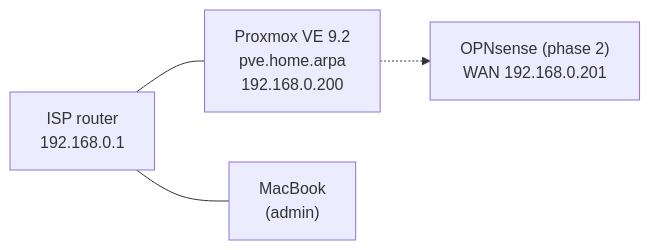
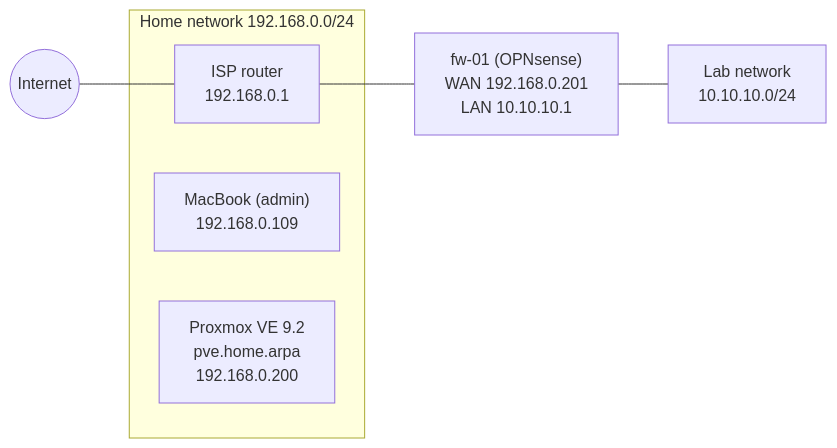
The diagram in README.md (nicomts/homelab), drawn with Mermaid before and after one commit. The commit also changed other lines of this file and 17 other files, not shown here.

Commit message:
docs: add phase 2 writeup, add network docs and update hardware and decisions docs

````diff
--- a/README.md
+++ b/README.md
@@ -20,6 +32,11 @@
 ```mermaid
 flowchart LR
-    ISP["ISP router<br>192.168.0.1"] --- PVE["Proxmox VE 9.2<br>pve.home.arpa<br>192.168.0.200"]
-    ISP --- MAC["MacBook<br>(admin)"]
-    PVE -.-> OPN["OPNsense (phase 2)<br>WAN 192.168.0.201"]
+    NET((Internet)) --- ISP
+    subgraph HOME["Home network 192.168.0.0/24"]
+        ISP["ISP router<br>192.168.0.1"]
+        MAC["MacBook (admin)<br>192.168.0.109"]
+        PVE["Proxmox VE 9.2<br>pve.home.arpa<br>192.168.0.200"]
+    end
+    ISP --- FW["fw-01 (OPNsense)<br>WAN 192.168.0.201<br>LAN 10.10.10.1"]
+    FW --- LAB["Lab network<br>10.10.10.0/24"]
 ```
````
